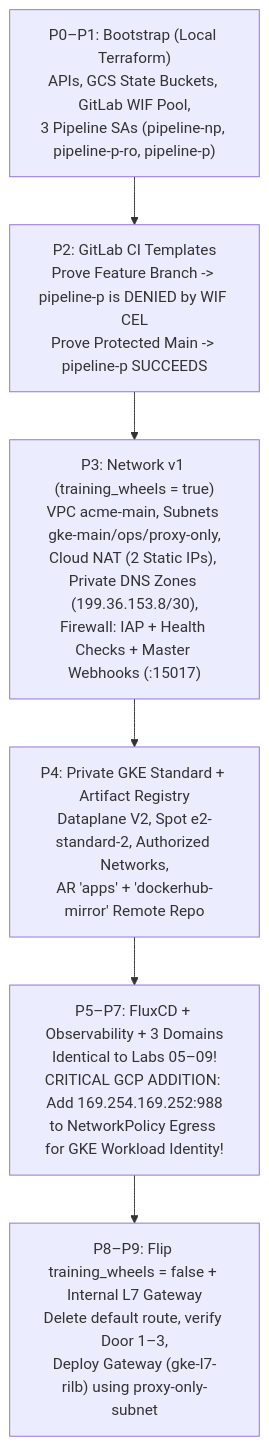
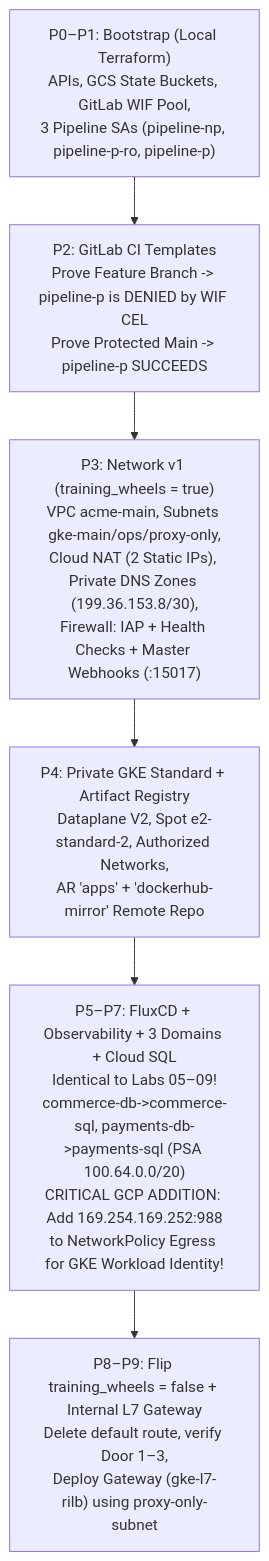
Before and after one commit to nitinkc/KubernetesConcepts: the second of 2 diagrams in docs/labs/lab-10-cold-rebuild-gke-handoff.md, drawn with Mermaid. The commit also changed other lines of this file and 78 other files, not shown here.

````diff
--- a/docs/labs/lab-10-cold-rebuild-gke-handoff.md
+++ b/docs/labs/lab-10-cold-rebuild-gke-handoff.md
@@ -117,11 +138,11 @@
 ```mermaid
 flowchart TB
     P0["P0–P1: Bootstrap (Local Terraform)<br/>APIs, GCS State Buckets, GitLab WIF Pool,<br/>3 Pipeline SAs (pipeline-np, pipeline-p-ro, pipeline-p)"]
     P2["P2: GitLab CI Templates<br/>Prove Feature Branch -> pipeline-p is DENIED by WIF CEL<br/>Prove Protected Main -> pipeline-p SUCCEEDS"]
     P3["P3: Network v1 (training_wheels = true)<br/>VPC acme-main, Subnets gke-main/ops/proxy-only,<br/>Cloud NAT (2 Static IPs), Private DNS Zones (199.36.153.8/30),<br/>Firewall: IAP + Health Checks + Master Webhooks (:15017)"]
     P4["P4: Private GKE Standard + Artifact Registry<br/>Dataplane V2, Spot e2-standard-2, Authorized Networks,<br/>AR 'apps' + 'dockerhub-mirror' Remote Repo"]
-    P5["P5–P7: FluxCD + Observability + 3 Domains<br/>Identical to Labs 05–09!<br/>CRITICAL GCP ADDITION: Add 169.254.169.252:988<br/>to NetworkPolicy Egress for GKE Workload Identity!"]
+    P5["P5–P7: FluxCD + Observability + 3 Domains + Cloud SQL<br/>Identical to Labs 05–09!<br/>commerce-db->commerce-sql, payments-db->payments-sql (PSA 100.64.0.0/20)<br/>CRITICAL GCP ADDITION: Add 169.254.169.252:988<br/>to NetworkPolicy Egress for GKE Workload Identity!"]
     P8["P8–P9: Flip training_wheels = false + Internal L7 Gateway<br/>Delete default route, verify Door 1–3,<br/>Deploy Gateway (gke-l7-rilb) using proxy-only-subnet"]
 
     P0 --> P2 --> P3 --> P4 --> P5 --> P8
 ```
````
